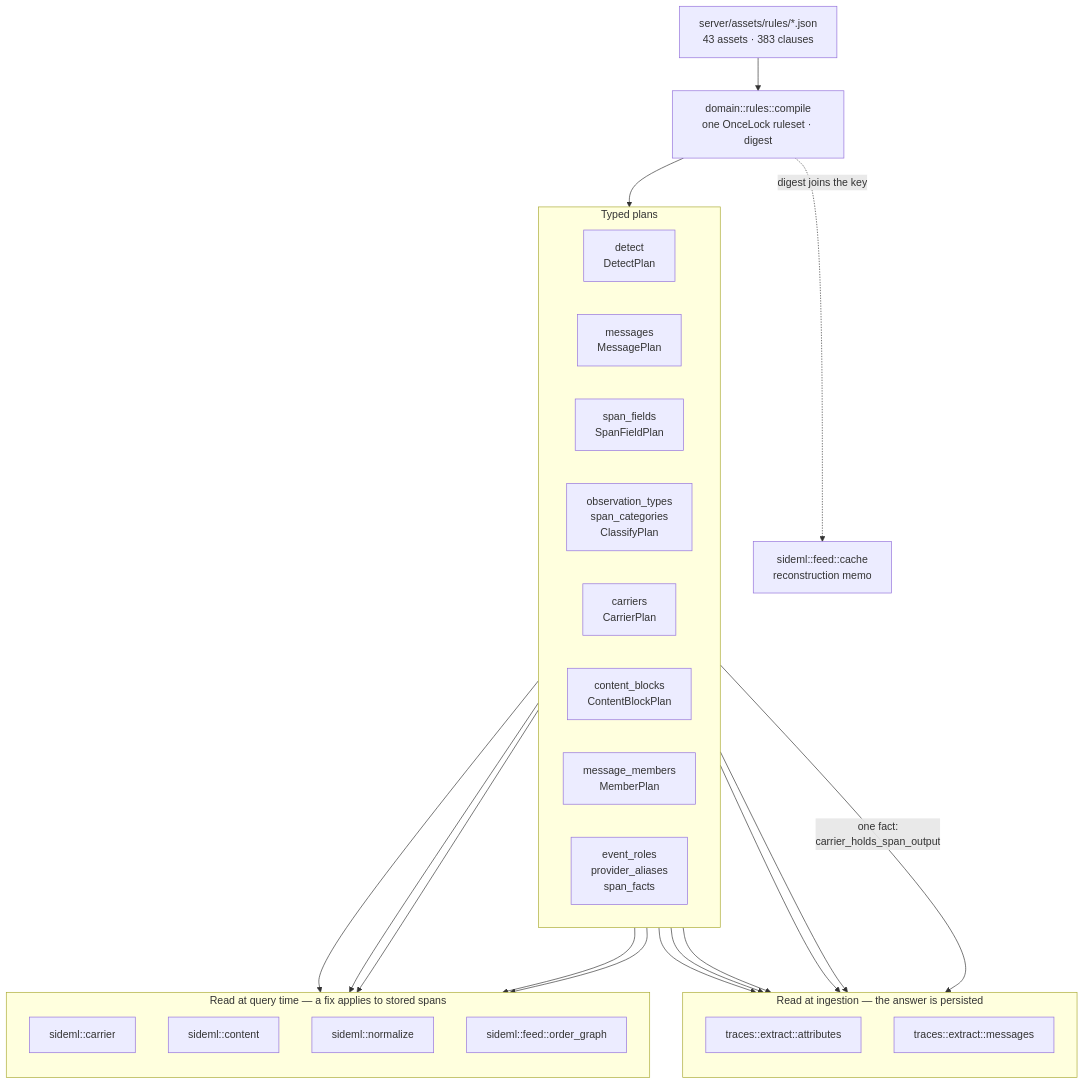
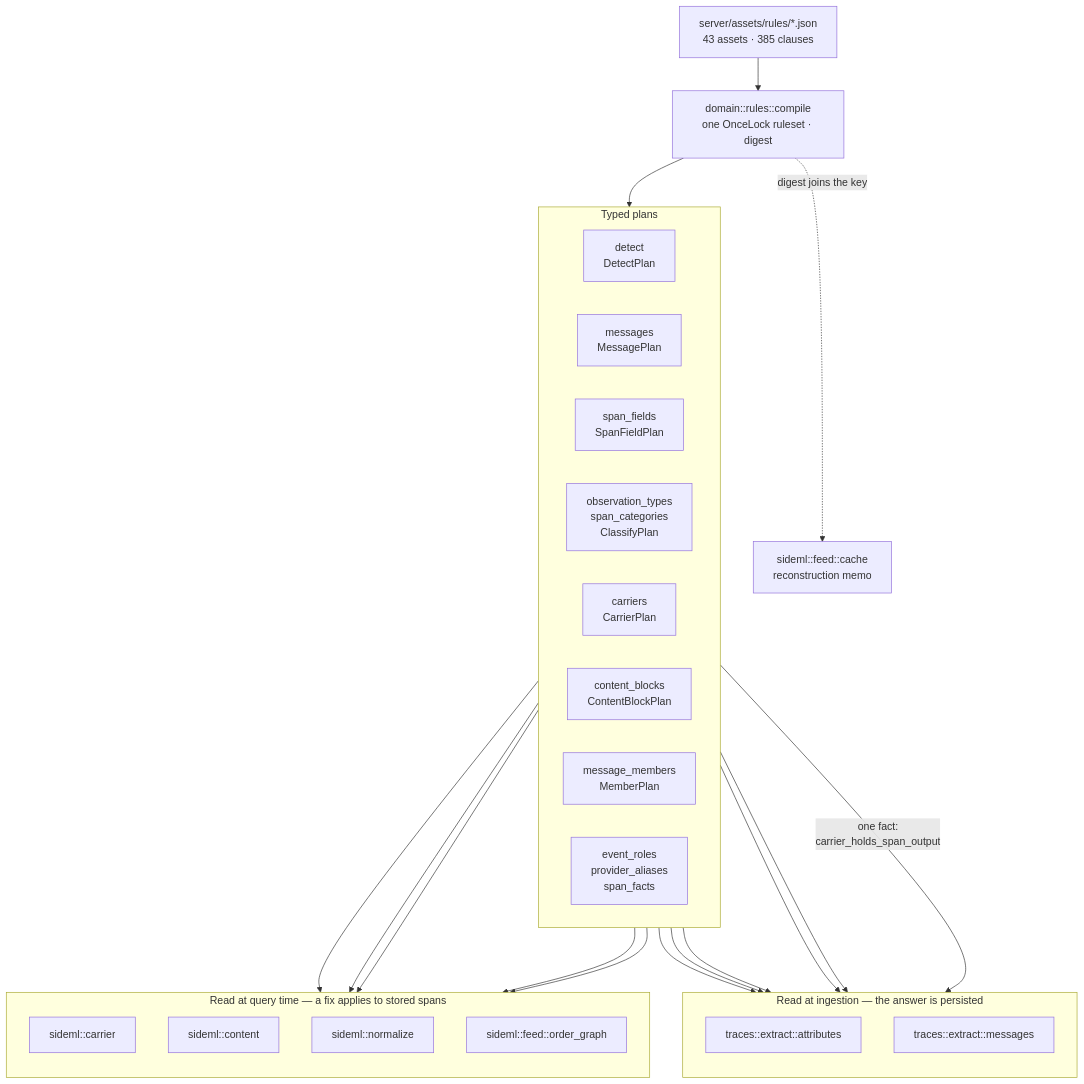
The first of 7 diagrams in docs/engineering/architecture-diagrams.md (sideseat/sideseat), drawn with Mermaid before and after one commit. The commit also changed 35 other files, not shown here.

````diff
--- a/docs/engineering/architecture-diagrams.md
+++ b/docs/engineering/architecture-diagrams.md
@@ -18,47 +18,47 @@
 ```mermaid
 flowchart TB
-    assets["server/assets/rules/*.json<br/>43 assets · 383 clauses"]
+    assets["server/assets/rules/*.json<br/>43 assets · 385 clauses"]
     compile["domain::rules::compile<br/>one OnceLock ruleset · digest"]
     assets --> compile
 
     subgraph plans["Typed plans"]
         direction LR
         detect["detect<br/>DetectPlan"]
         messages["messages<br/>MessagePlan"]
         fields["span_fields<br/>SpanFieldPlan"]
         classify["observation_types<br/>span_categories<br/>ClassifyPlan"]
         carriers["carriers<br/>CarrierPlan"]
         blocks["content_blocks<br/>ContentBlockPlan"]
         members["message_members<br/>MemberPlan"]
         roles["event_roles<br/>provider_aliases<br/>span_facts"]
     end
     compile --> plans
 
     subgraph ingest["Read at ingestion — the answer is persisted"]
         direction TB
         attrs["traces::extract::attributes"]
         msgs["traces::extract::messages"]
     end
 
     subgraph query["Read at query time — a fix applies to stored spans"]
         direction TB
         carrier["sideml::carrier"]
         content["sideml::content"]
         normalize["sideml::normalize"]
         order["sideml::feed::order_graph"]
     end
 
     detect --> attrs
     fields --> attrs
     classify --> attrs
     roles --> attrs
     messages --> msgs
     carriers -->|"one fact:<br/>carrier_holds_span_output"| msgs
     carriers --> carrier
     carriers --> order
     blocks --> content
     members --> content
     roles --> normalize
 
     compile -. "digest joins the key" .-> cache["sideml::feed::cache<br/>reconstruction memo"]
 ```
````
